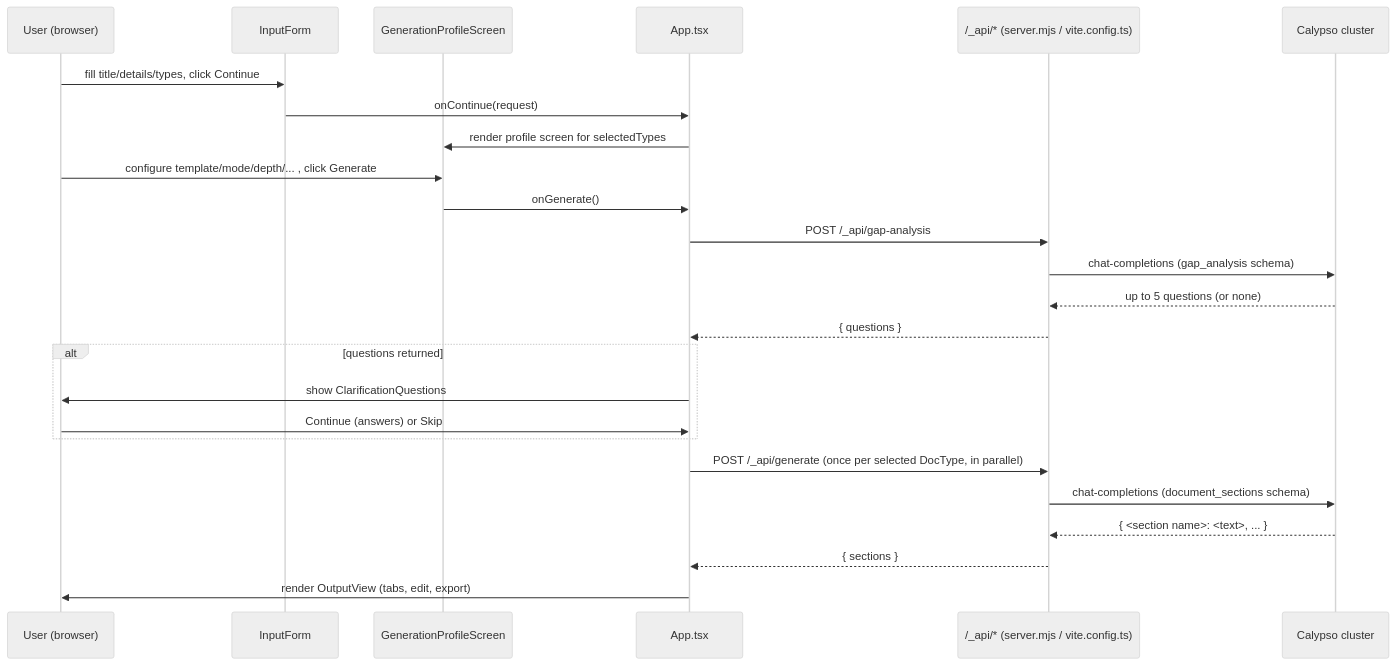
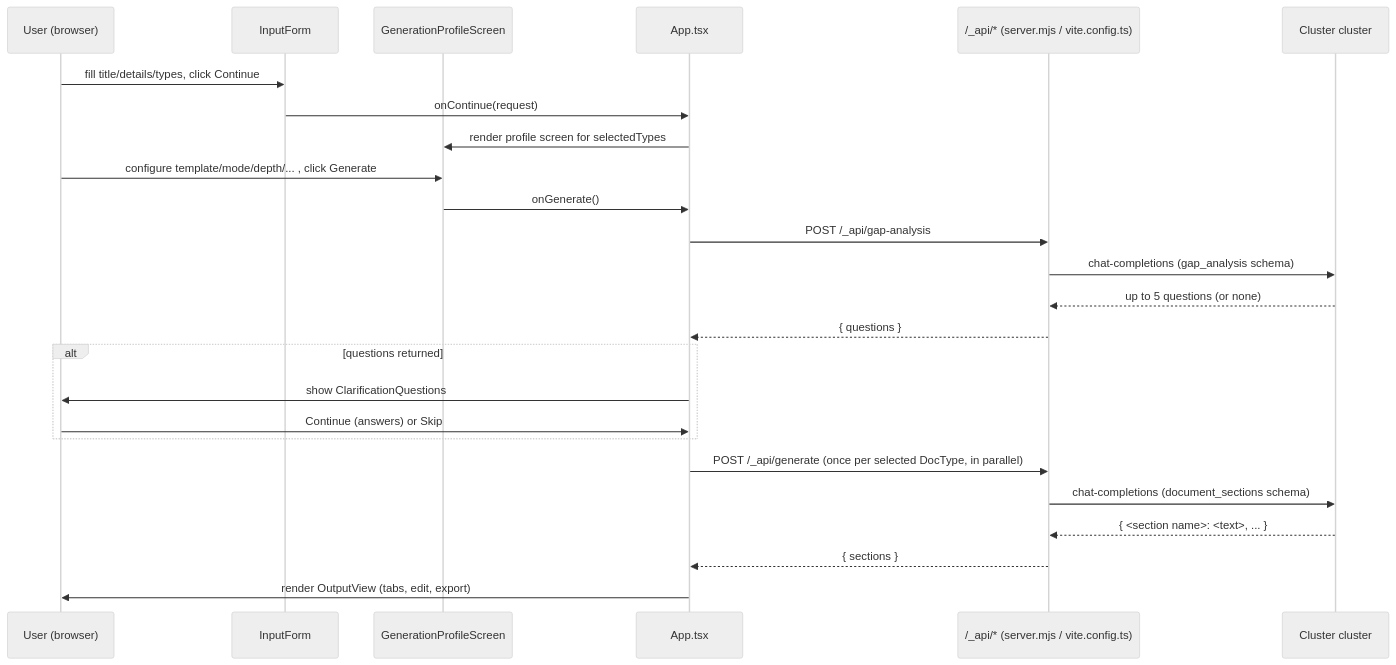
One commit to algorhythm-7/PRD-TRS-UX-Generator changed the first of 2 diagrams in docs/DeveloperDocs.md. Above: the diagram before and after it, drawn with Mermaid (neutral theme). The commit also changed other lines of this file and 14 other files, not shown here.

````diff
--- a/docs/DeveloperDocs.md
+++ b/docs/DeveloperDocs.md
@@ -102,28 +102,28 @@
 ```mermaid
 sequenceDiagram
     participant U as User (browser)
     participant IF as InputForm
     participant GP as GenerationProfileScreen
     participant App as App.tsx
     participant API as /_api/* (server.mjs / vite.config.ts)
-    participant Cal as Calypso cluster
+    participant Cal as Cluster cluster
 
     U->>IF: fill title/details/types, click Continue
     IF->>App: onContinue(request)
     App->>GP: render profile screen for selectedTypes
     U->>GP: configure template/mode/depth/... , click Generate
     GP->>App: onGenerate()
     App->>API: POST /_api/gap-analysis
     API->>Cal: chat-completions (gap_analysis schema)
     Cal-->>API: up to 5 questions (or none)
     API-->>App: { questions }
     alt questions returned
         App->>U: show ClarificationQuestions
         U->>App: Continue (answers) or Skip
     end
     App->>API: POST /_api/generate (once per selected DocType, in parallel)
     API->>Cal: chat-completions (document_sections schema)
     Cal-->>API: { <section name>: <text>, ... }
     API-->>App: { sections }
     App->>U: render OutputView (tabs, edit, export)
 ```
````
